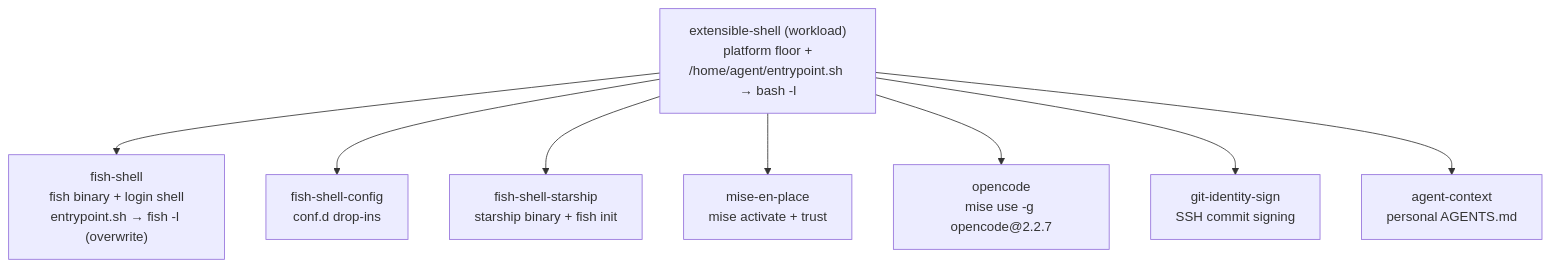
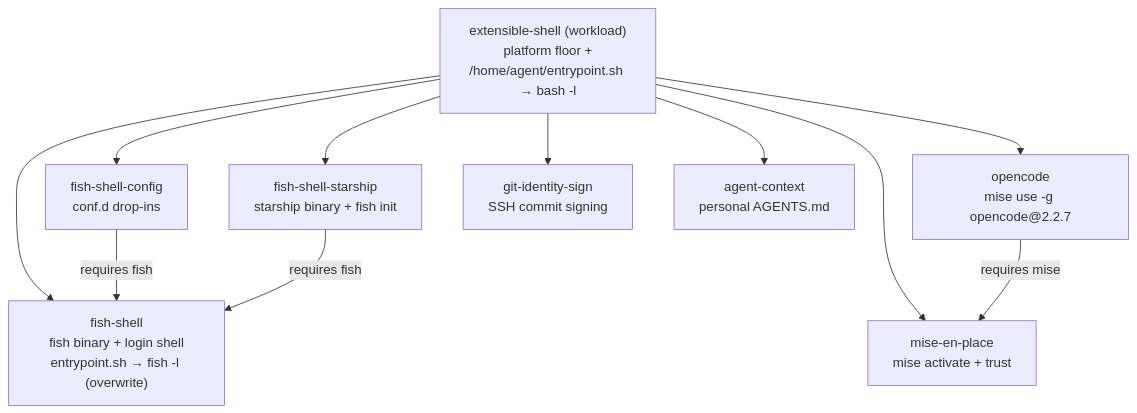
One commit to dirkgroot/docker-sbx-kits changed the diagram in .lode/kits/summary.md. Above: the diagram before and after it, drawn with Mermaid. The commit also changed other lines of this file and 12 other files, not shown here.

````diff
--- a/.lode/kits/summary.md
+++ b/.lode/kits/summary.md
@@ -21,11 +21,14 @@
 ```mermaid
 flowchart TD
     wl["extensible-shell (workload)<br/>platform floor +<br/>/home/agent/entrypoint.sh → bash -l"]
     wl --> fs["fish-shell<br/>fish binary + login shell<br/>entrypoint.sh → fish -l (overwrite)"]
     wl --> cfg["fish-shell-config<br/>conf.d drop-ins"]
     wl --> st["fish-shell-starship<br/>starship binary + fish init"]
     wl --> me["mise-en-place<br/>mise activate + trust"]
     wl --> oc["opencode<br/>mise use -g opencode@2.2.7"]
     wl --> gi["git-identity-sign<br/>SSH commit signing"]
     wl --> ac["agent-context<br/>personal AGENTS.md"]
+    oc -->|requires mise| me
+    cfg -->|requires fish| fs
+    st -->|requires fish| fs
 ```
````
